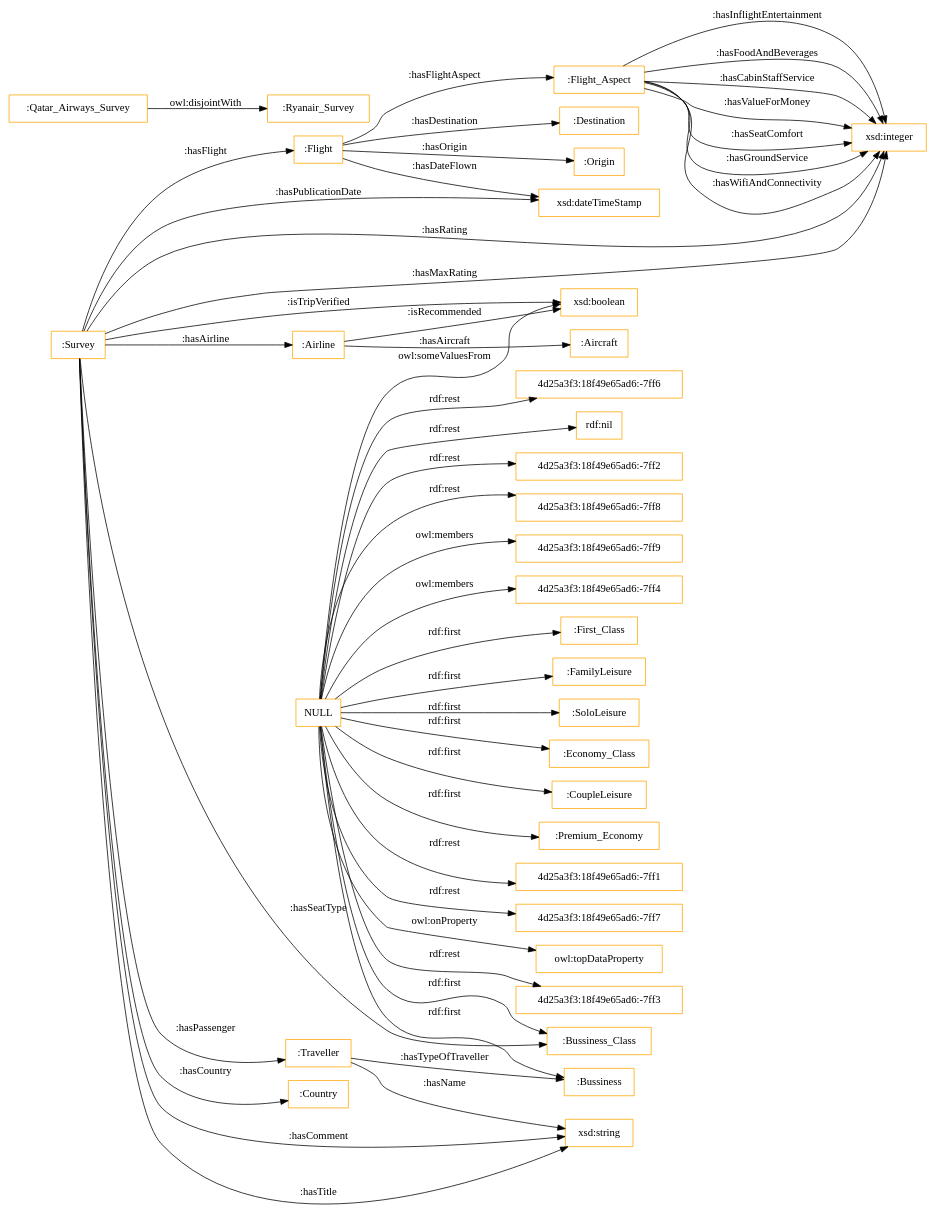
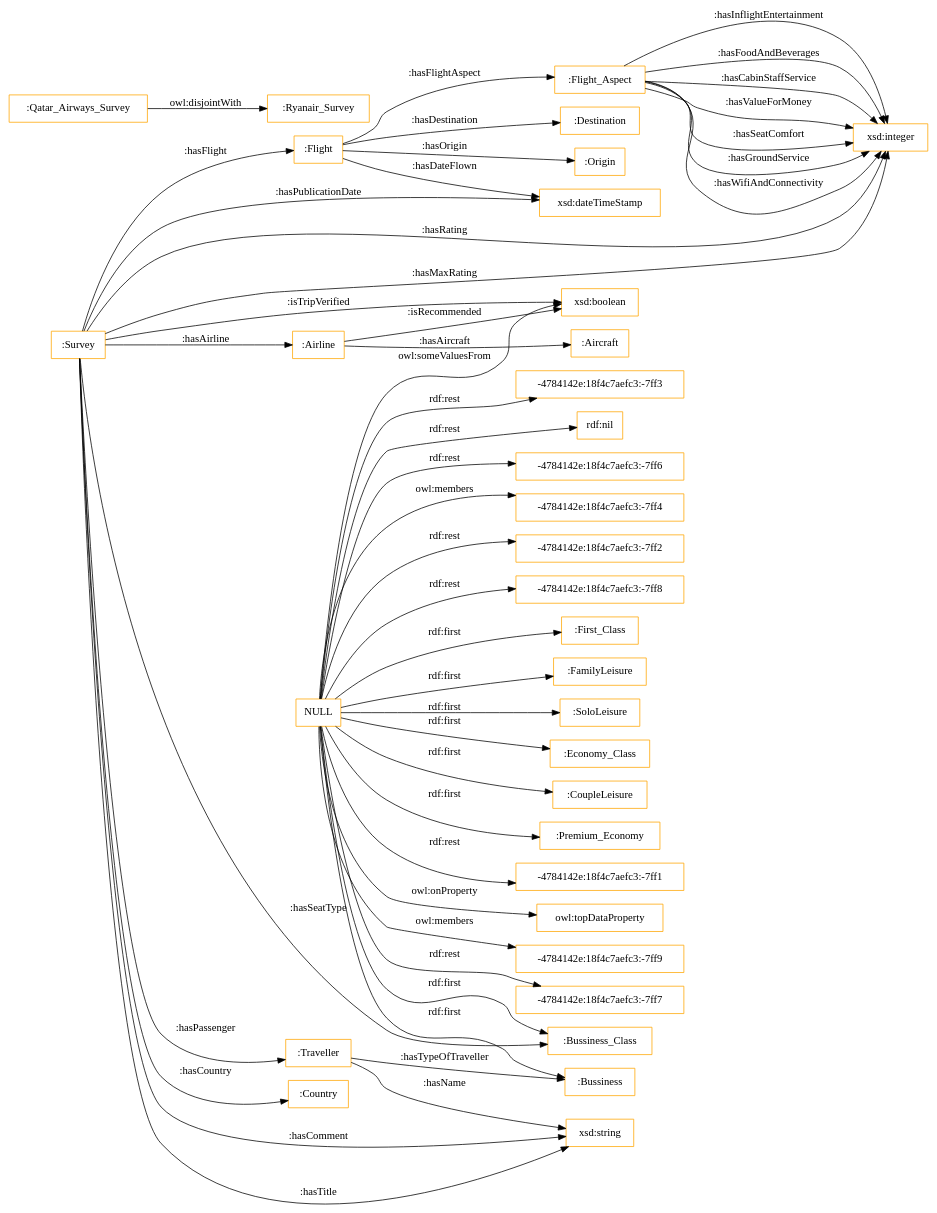
One commit to mgamboav/FlightSurveyOntology changed the diagram in OnToology/FlightSurveyOntology.owl/diagrams/ar2dtool-class/FlightSurveyOntology.owl.png.dot. Above: the diagram before and after it, drawn with Graphviz. The commit also changed 2 other files, not shown here.

```diff
--- a/OnToology/FlightSurveyOntology.owl/diagrams/ar2dtool-class/FlightSurveyOntology.owl.png.dot
+++ b/OnToology/FlightSurveyOntology.owl/diagrams/ar2dtool-class/FlightSurveyOntology.owl.png.dot
@@ -1,52 +1,52 @@
 digraph ar2dtool_diagram { 
 rankdir=LR;
 size="1501"
 node [shape = rectangle, color="orange"]; ":Traveller" ":Destination" ":Flight" ":Economy_Class" ":Bussiness_Class" ":Origin" ":Aircraft" ":Flight_Aspect" ":Survey" ":First_Class" ":Qatar_Airways_Survey" ":FamilyLeisure" ":Airline" ":SoloLeisure" ":CoupleLeisure" ":Country" ":Premium_Economy" ":Ryanair_Survey" ":Bussiness" ; /*classes style*/
 	"NULL" -> ":CoupleLeisure" [ label = "rdf:first" ];
-	"NULL" -> "4d25a3f3:18f49e65ad6:-7ff1" [ label = "rdf:rest" ];
-	"NULL" -> "4d25a3f3:18f49e65ad6:-7ff7" [ label = "rdf:rest" ];
+	"NULL" -> "-4784142e:18f4c7aefc3:-7ff1" [ label = "rdf:rest" ];
 	"NULL" -> "owl:topDataProperty" [ label = "owl:onProperty" ];
-	"NULL" -> "4d25a3f3:18f49e65ad6:-7ff3" [ label = "rdf:rest" ];
-	"NULL" -> "4d25a3f3:18f49e65ad6:-7ff6" [ label = "rdf:rest" ];
+	"NULL" -> "-4784142e:18f4c7aefc3:-7ff9" [ label = "owl:members" ];
+	"NULL" -> "-4784142e:18f4c7aefc3:-7ff7" [ label = "rdf:rest" ];
+	"NULL" -> ":Premium_Economy" [ label = "rdf:first" ];
 	"NULL" -> ":Bussiness" [ label = "rdf:first" ];
-	"NULL" -> ":Premium_Economy" [ label = "rdf:first" ];
+	"NULL" -> "-4784142e:18f4c7aefc3:-7ff3" [ label = "rdf:rest" ];
 	"NULL" -> "rdf:nil" [ label = "rdf:rest" ];
 	"NULL" -> ":Bussiness_Class" [ label = "rdf:first" ];
+	"NULL" -> "-4784142e:18f4c7aefc3:-7ff6" [ label = "rdf:rest" ];
 	"NULL" -> ":Economy_Class" [ label = "rdf:first" ];
 	"NULL" -> ":SoloLeisure" [ label = "rdf:first" ];
-	"NULL" -> "4d25a3f3:18f49e65ad6:-7ff2" [ label = "rdf:rest" ];
-	"NULL" -> "4d25a3f3:18f49e65ad6:-7ff8" [ label = "rdf:rest" ];
 	"NULL" -> ":FamilyLeisure" [ label = "rdf:first" ];
+	"NULL" -> "-4784142e:18f4c7aefc3:-7ff4" [ label = "owl:members" ];
 	"NULL" -> "xsd:boolean" [ label = "owl:someValuesFrom" ];
 	"NULL" -> ":First_Class" [ label = "rdf:first" ];
-	"NULL" -> "4d25a3f3:18f49e65ad6:-7ff9" [ label = "owl:members" ];
-	"NULL" -> "4d25a3f3:18f49e65ad6:-7ff4" [ label = "owl:members" ];
+	"NULL" -> "-4784142e:18f4c7aefc3:-7ff2" [ label = "rdf:rest" ];
+	"NULL" -> "-4784142e:18f4c7aefc3:-7ff8" [ label = "rdf:rest" ];
 	":Qatar_Airways_Survey" -> ":Ryanair_Survey" [ label = "owl:disjointWith" ];
 	":Flight" -> ":Origin" [ label = ":hasOrigin" ];
 	":Survey" -> ":Flight" [ label = ":hasFlight" ];
 	":Survey" -> "xsd:integer" [ label = ":hasRating" ];
 	":Survey" -> "xsd:string" [ label = ":hasTitle" ];
 	":Flight_Aspect" -> "xsd:integer" [ label = ":hasValueForMoney" ];
 	":Survey" -> ":Airline" [ label = ":hasAirline" ];
 	":Survey" -> "xsd:dateTimeStamp" [ label = ":hasPublicationDate" ];
 	":Survey" -> "xsd:boolean" [ label = ":isTripVerified" ];
 	":Flight" -> "xsd:dateTimeStamp" [ label = ":hasDateFlown" ];
 	":Airline" -> ":Aircraft" [ label = ":hasAircraft" ];
 	":Traveller" -> "xsd:string" [ label = ":hasName" ];
 	":Survey" -> "xsd:integer" [ label = ":hasMaxRating" ];
 	":Survey" -> ":Country" [ label = ":hasCountry" ];
 	":Flight_Aspect" -> "xsd:integer" [ label = ":hasSeatComfort" ];
 	":Survey" -> "xsd:string" [ label = ":hasComment" ];
 	":Survey" -> ":Traveller" [ label = ":hasPassenger" ];
 	":Flight_Aspect" -> "xsd:integer" [ label = ":hasGroundService" ];
 	":Flight" -> ":Destination" [ label = ":hasDestination" ];
 	":Flight" -> ":Flight_Aspect" [ label = ":hasFlightAspect" ];
 	":Traveller" -> ":Bussiness" [ label = ":hasTypeOfTraveller" ];
 	":Flight_Aspect" -> "xsd:integer" [ label = ":hasWifiAndConnectivity" ];
 	":Flight_Aspect" -> "xsd:integer" [ label = ":hasInflightEntertainment" ];
 	":Survey" -> ":Bussiness_Class" [ label = ":hasSeatType" ];
 	":Airline" -> "xsd:boolean" [ label = ":isRecommended" ];
 	":Flight_Aspect" -> "xsd:integer" [ label = ":hasFoodAndBeverages" ];
 	":Flight_Aspect" -> "xsd:integer" [ label = ":hasCabinStaffService" ];
 
 }
```
